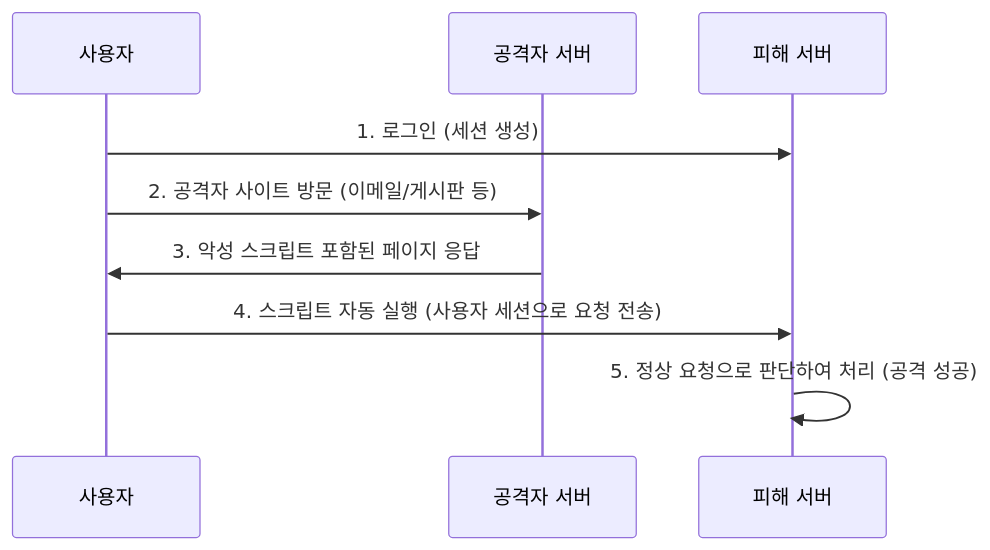
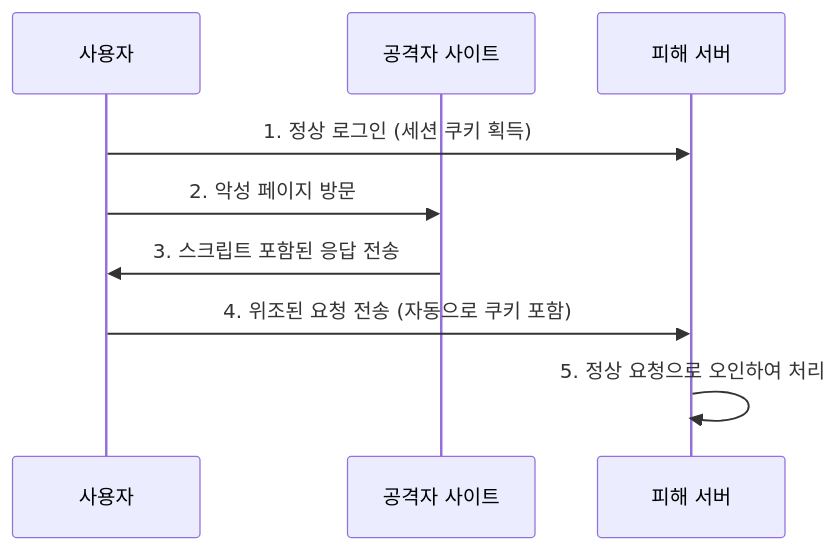
Before and after one commit to hyoguoo/hyoguoo.github.io: the second of 2 diagrams in src/content/docs/docs/secure/secure-coding.md, drawn with Mermaid. The commit also changed other lines of this file, not shown here.

````diff
--- a/src/content/docs/docs/secure/secure-coding.md
+++ b/src/content/docs/docs/secure/secure-coding.md
@@ -93,11 +191,11 @@
 ```mermaid
 sequenceDiagram
     participant User as 사용자
-    participant Attacker as 공격자 서버
+    participant Attacker as 공격자 사이트
     participant Server as 피해 서버
-    User ->> Server: 1. 로그인 (세션 생성)
-    User ->> Attacker: 2. 공격자 사이트 방문 (이메일/게시판 등)
-    Attacker ->> User: 3. 악성 스크립트 포함된 페이지 응답
-    User ->> Server: 4. 스크립트 자동 실행 (사용자 세션으로 요청 전송)
-    Server ->> Server: 5. 정상 요청으로 판단하여 처리 (공격 성공)
+    User ->> Server: 1. 정상 로그인 (세션 쿠키 획득)
+    User ->> Attacker: 2. 악성 페이지 방문
+    Attacker ->> User: 3. 스크립트 포함된 응답 전송
+    User ->> Server: 4. 위조된 요청 전송 (자동으로 쿠키 포함)
+    Server ->> Server: 5. 정상 요청으로 오인하여 처리
 ```
````
